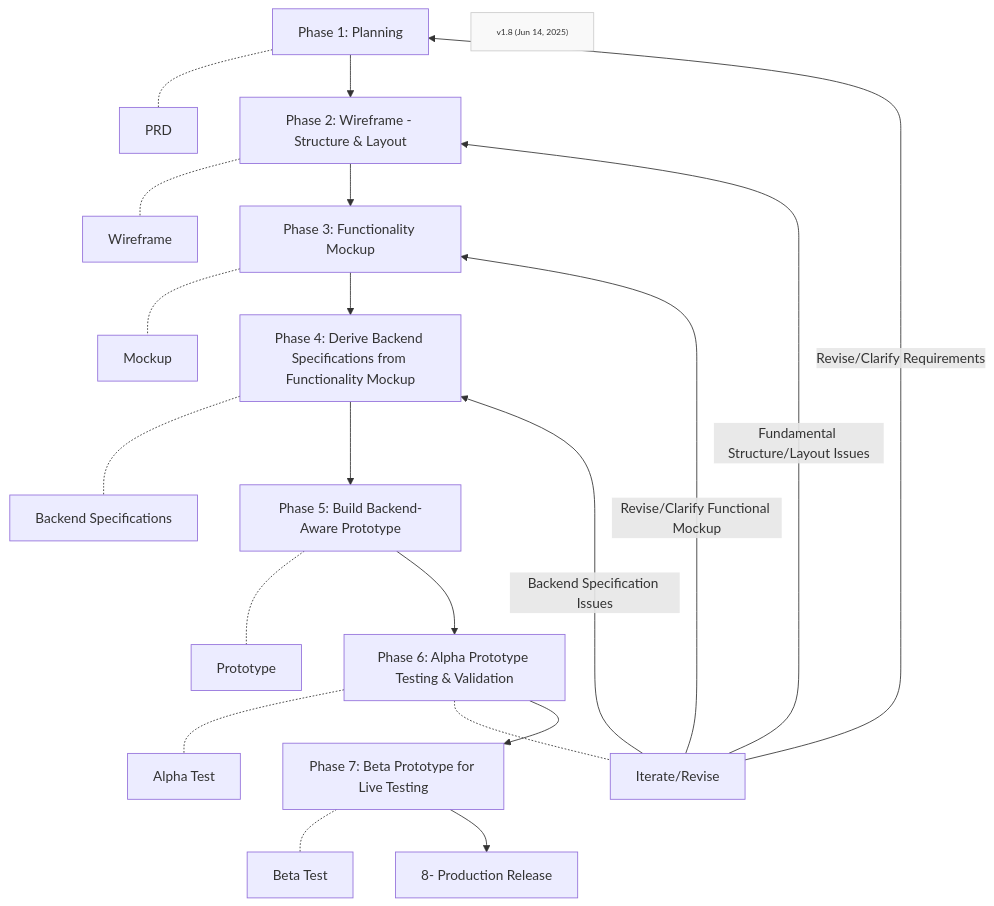
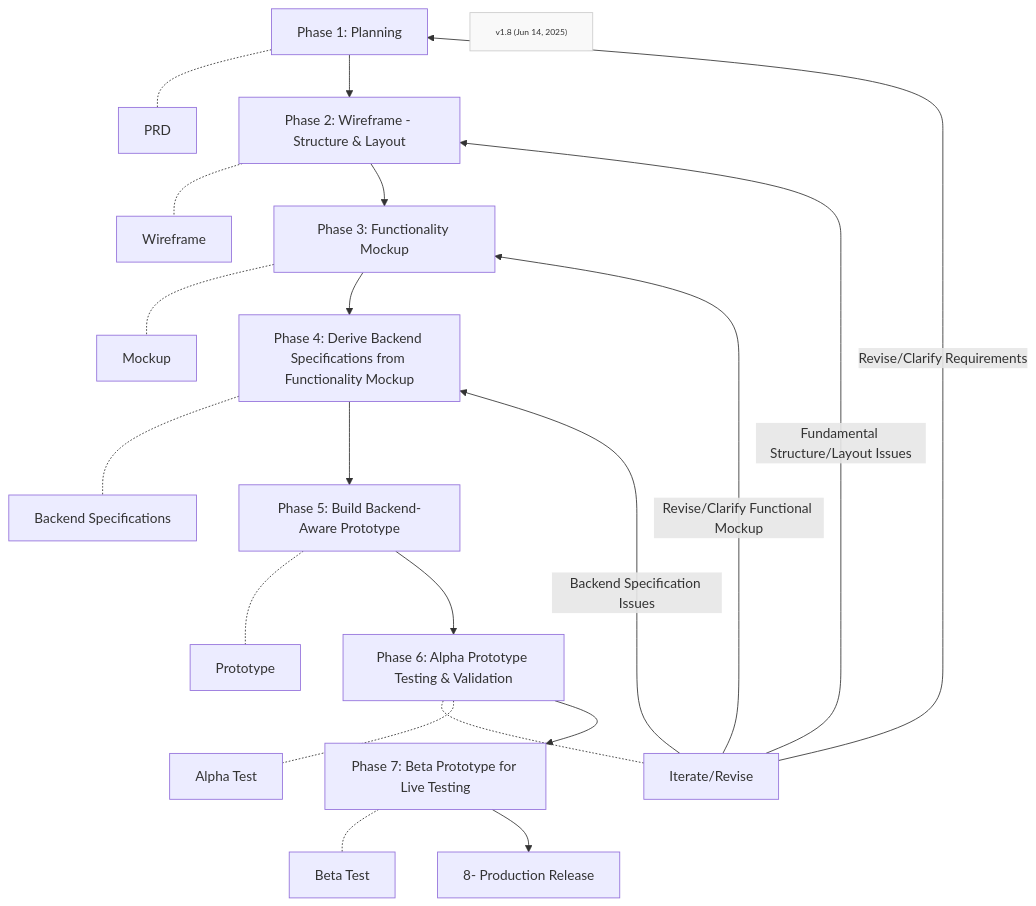
One commit to Mharbulous/Front-First-Method changed the first of 2 diagrams in Phases/FF-overview.md. Above: the diagram before and after it, drawn with Mermaid.

````diff
--- a/Phases/FF-overview.md
+++ b/Phases/FF-overview.md
@@ -1,30 +1,30 @@
 ```mermaid
 graph TD
     
     Phase1["Phase 1: Planning"] -.- PRD["PRD"]
     Phase1 --> Phase2["Phase 2: Wireframe - Structure & Layout"]
     Phase2 -.- Wireframe["Wireframe"]
     Phase2 --> Phase3["Phase 3: Functionality Mockup"]
     Phase3 -.- Mockup["Mockup"]
     Phase3 --> Phase4["Phase 4: Derive Backend Specifications from Functionality Mockup"]
     Phase4 -.- Specs["Backend Specifications"]
     Phase4 --> Phase5["Phase 5: Build Backend-Aware Prototype"]
     Phase5 -.- Prototype["Prototype"]
-    Phase5 --> Phase6["Phase 6: Alpha Prototype Testing & Validation"]
+    Phase5 --> Phase6["Phase 6: Alpha Prototype Testing & Validation"]    
+    Phase6 -.- Iterate["Iterate/Revise"]
     Phase6 -.- Alpha["Alpha Test"]
-    Phase6 -.- Iterate["Iterate/Revise"]
 
     Phase6 --> Phase7["Phase 7: Beta Prototype for Live Testing"]    
     Phase7 -.- Beta["Beta Test"]  
     Phase7 --> Production["8- Production Release"]
 
     
     Iterate -->|Revise/Clarify Requirements| Phase1
     Iterate -->|Fundamental Structure/Layout Issues| Phase2
     Iterate -->|Revise/Clarify Functional Mockup| Phase3
     Iterate -->|Backend Specification Issues| Phase4       
 
     VersionInfo["v1.8 (Jun 14, 2025)"]
     classDef version fill:#f9f9f9,stroke:#ccc,font-size:10px;
     class VersionInfo version
 ```
````
